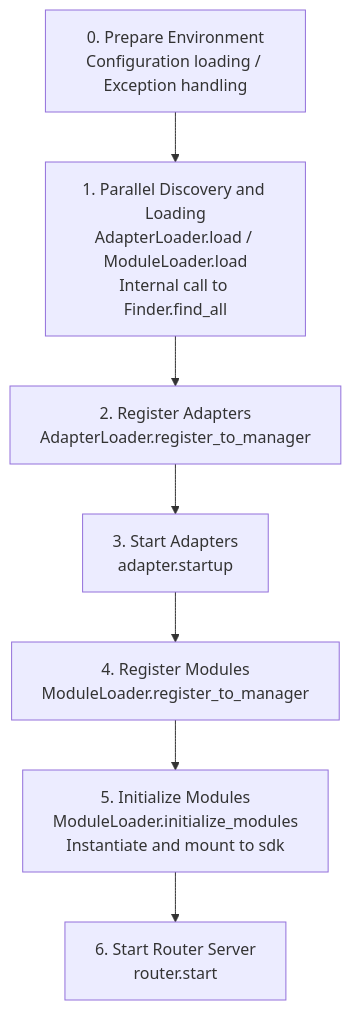
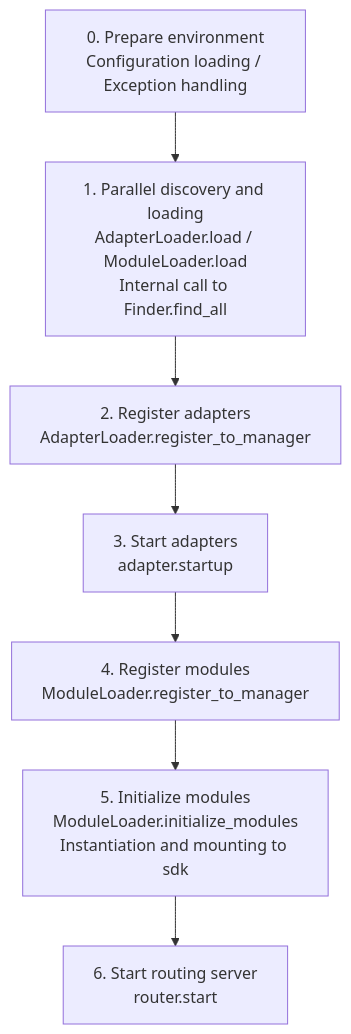
The diagram in docs/en/advanced/startup.md (ErisPulse/ErisPulse), drawn with Mermaid before and after one commit. The commit also changed other lines of this file and 85 other files, not shown here.

````diff
--- a/docs/en/advanced/startup.md
+++ b/docs/en/advanced/startup.md
@@ -30,10 +30,10 @@
 ```mermaid
 flowchart TD
-    A[0. Prepare Environment<br/>Configuration loading / Exception handling] --> B
-    B[1. Parallel Discovery and Loading<br/>AdapterLoader.load / ModuleLoader.load<br/>Internal call to Finder.find_all] --> C
-    C[2. Register Adapters<br/>AdapterLoader.register_to_manager] --> D
-    D[3. Start Adapters<br/>adapter.startup] --> E
-    E[4. Register Modules<br/>ModuleLoader.register_to_manager] --> F
-    F[5. Initialize Modules<br/>ModuleLoader.initialize_modules<br/>Instantiate and mount to sdk] --> G
-    G[6. Start Router Server<br/>router.start]
+    A[0. Prepare environment<br/>Configuration loading / Exception handling] --> B
+    B[1. Parallel discovery and loading<br/>AdapterLoader.load / ModuleLoader.load<br/>Internal call to Finder.find_all] --> C
+    C[2. Register adapters<br/>AdapterLoader.register_to_manager] --> D
+    D[3. Start adapters<br/>adapter.startup] --> E
+    E[4. Register modules<br/>ModuleLoader.register_to_manager] --> F
+    F[5. Initialize modules<br/>ModuleLoader.initialize_modules<br/>Instantiation and mounting to sdk] --> G
+    G[6. Start routing server<br/>router.start]
 ```
````
